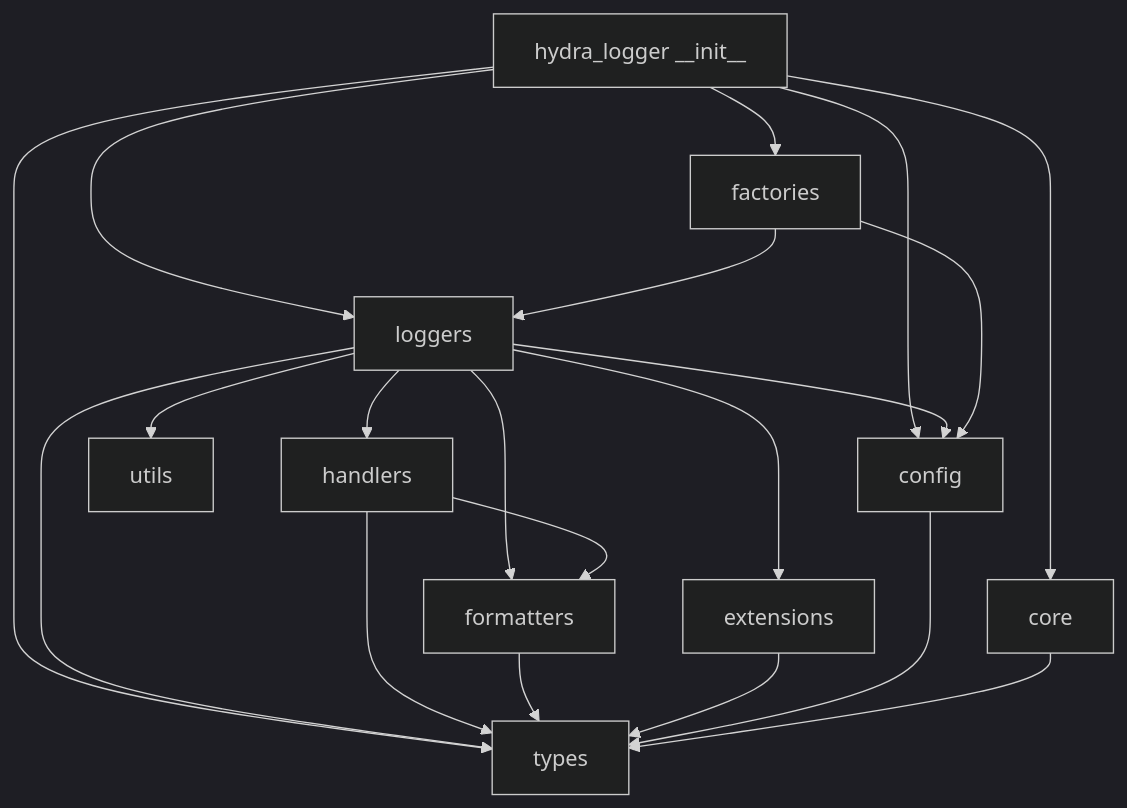
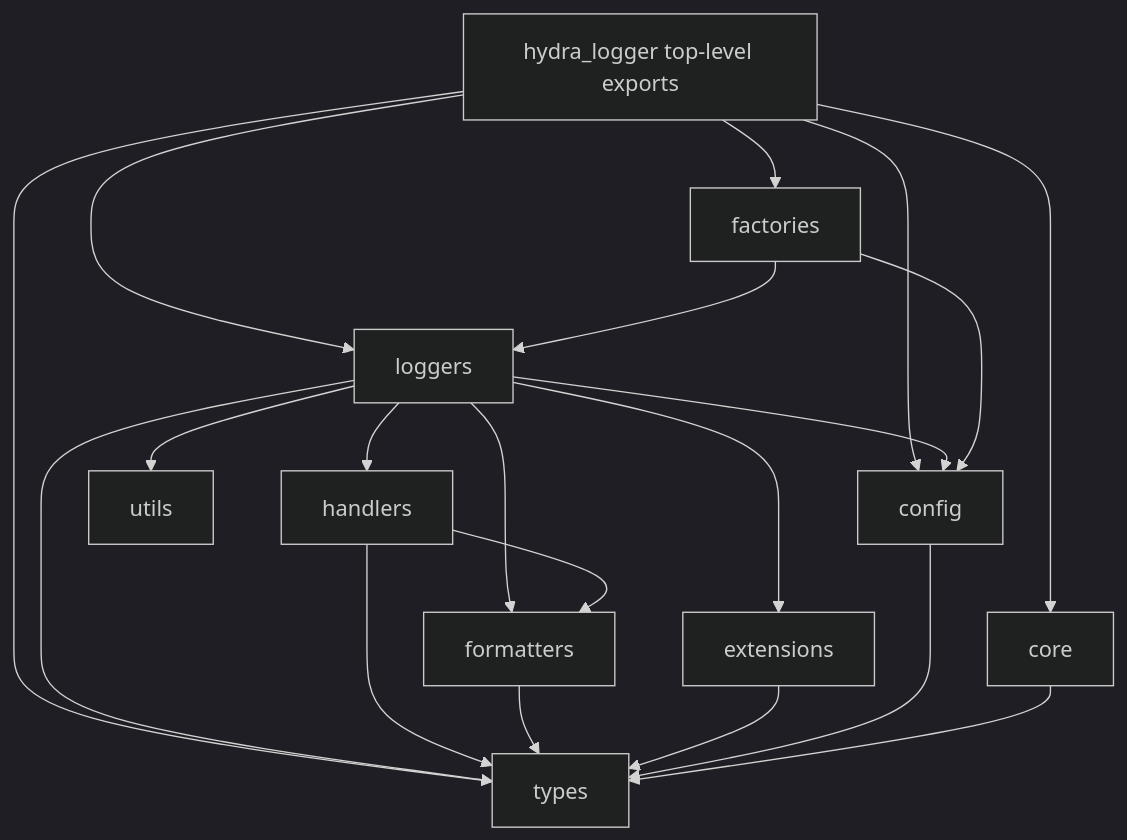
Before and after one commit to SavinRazvan/hydra-logger: the diagram in docs/modules/README.md, drawn with Mermaid (dark theme). The commit also changed 101 other files, not shown here.

````diff
--- a/docs/modules/README.md
+++ b/docs/modules/README.md
@@ -45,26 +45,26 @@
 ```mermaid
-graph TD
-  A[hydra_logger __init__] --> B[loggers]
+flowchart TD
+  A["hydra_logger top-level exports"] --> B[loggers]
   A --> C[factories]
   A --> D[config]
   A --> E[types]
   A --> F[core]
 
   B --> D
   B --> E
   B --> G[handlers]
   B --> H[formatters]
   B --> I[extensions]
   B --> J[utils]
 
   C --> B
   C --> D
 
   G --> H
   G --> E
 
   H --> E
   I --> E
   D --> E
   F --> E
 ```
````
